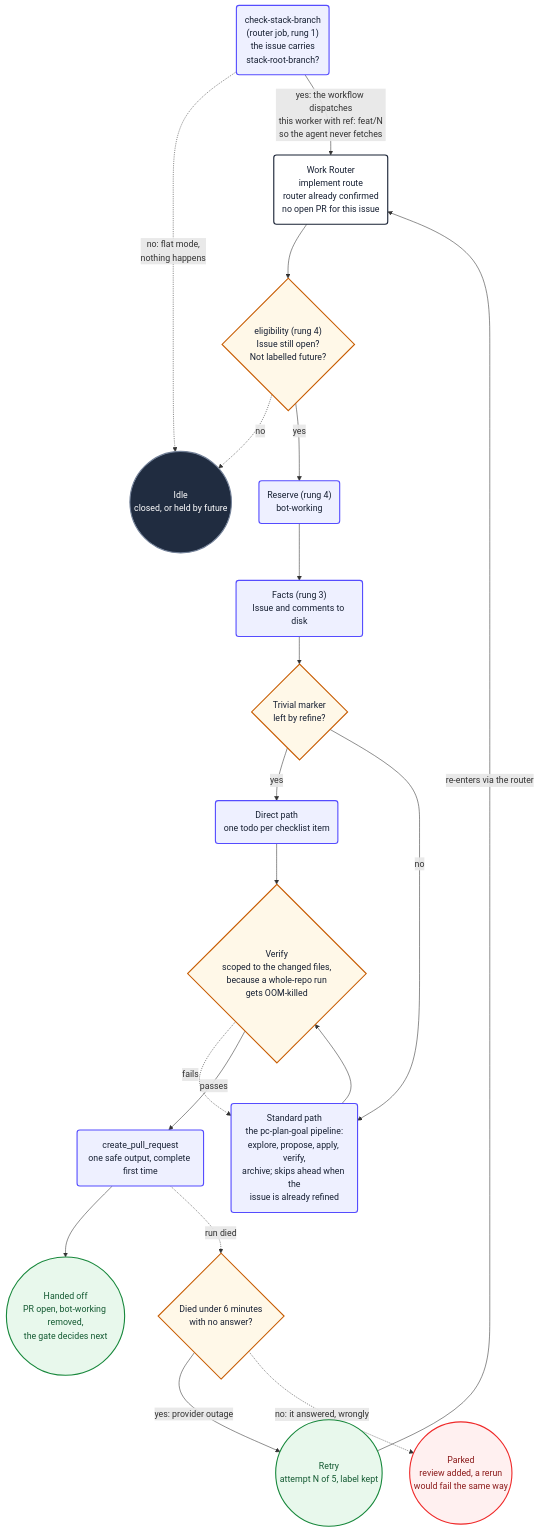
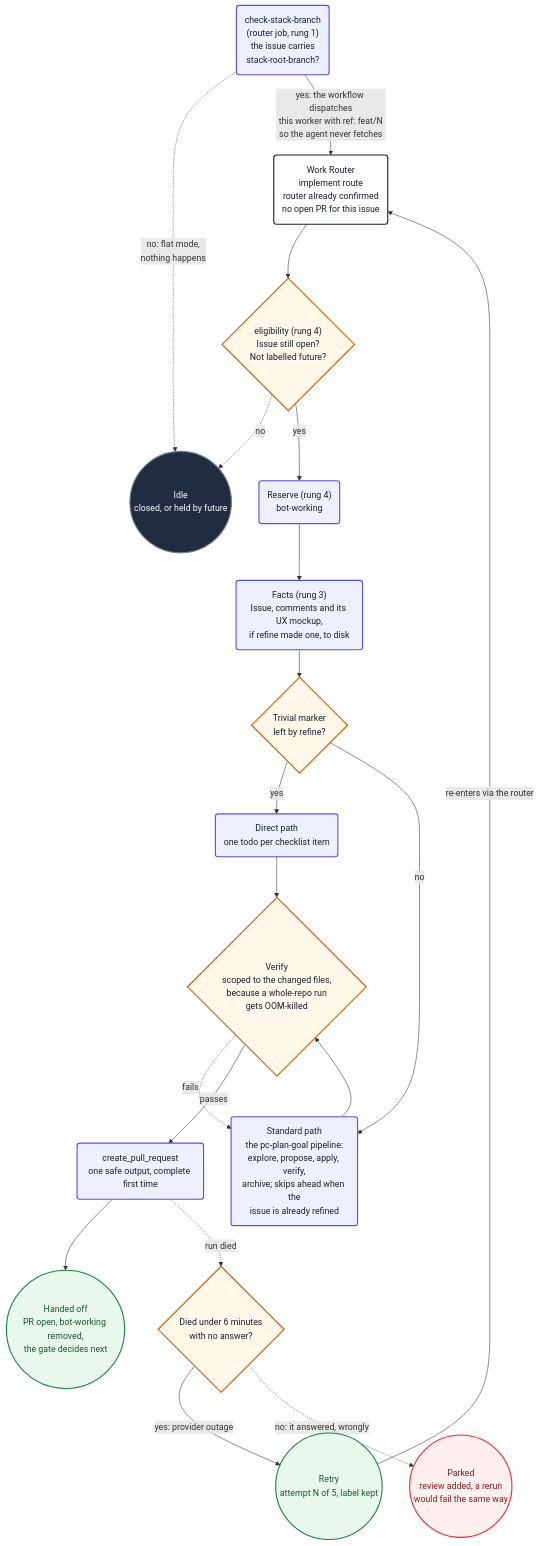
Before and after one commit to PlainConceptsPlatform/agentic-workflows: the seventh of 16 diagrams in loops/docs/diagrams.md, drawn with Mermaid. The commit also changed other lines of this file and 19 other files, not shown here.

First line of the commit message:
feat: refine draws a UX mockup for frontend work; 1.18.0 (#519)

````diff
--- a/loops/docs/diagrams.md
+++ b/loops/docs/diagrams.md
@@ -306,42 +318,42 @@
 ```mermaid
 flowchart TD
     implStart("Work Router<br/>implement route<br/>router already confirmed<br/>no open PR for this issue") --> implEligible
     implEligible{"eligibility (rung 4)<br/>Issue still open?<br/>Not labelled future?"}
     implEligible -.->|no| implIdle
     implEligible -->|yes| implReserve
     implReserve("Reserve (rung 4)<br/>bot-working") --> implFacts
-    implFacts("Facts (rung 3)<br/>Issue and comments to disk") --> implCheck
+    implFacts("Facts (rung 3)<br/>Issue, comments and its UX mockup,<br/>if refine made one, to disk") --> implCheck
     implCheck{"Trivial marker<br/>left by refine?"}
     implCheck -->|yes| implTodos
     implCheck -->|no| implCode
     implTodos("Direct path<br/>one todo per checklist item") --> implVerify
     implCode("Standard path<br/>the pc-plan-goal pipeline:<br/>explore, propose, apply, verify,<br/>archive; skips ahead when the<br/>issue is already refined") --> implVerify
     implVerify{"Verify<br/>scoped to the changed files,<br/>because a whole-repo run<br/>gets OOM-killed"}
     implVerify -.->|fails| implCode
     implVerify -->|passes| implPr
     implPr("create_pull_request<br/>one safe output, complete first time") --> implHandoff
     implPr -.->|"run died"| implRetry
     implRetry{"Died under 6 minutes<br/>with no answer?"}
     implRetry -->|"yes: provider outage"| implAgain(("Retry<br/>attempt N of 5, label kept"))
     implRetry -.->|"no: it answered, wrongly"| implFail
     implAgain -->|"re-enters via the router"| implStart
     implHandoff(("Handed off<br/>PR open, bot-working removed,<br/>the gate decides next"))
     implIdle(("Idle<br/>closed, or held by future"))
     implFail(("Parked<br/>review added, a rerun<br/>would fail the same way"))
 
     implStackStart("check-stack-branch<br/>(router job, rung 1)<br/>the issue carries<br/>stack-root-branch?") -.->|"no: flat mode,<br/>nothing happens"| implIdle
     implStackStart -->|"yes: the workflow dispatches<br/>this worker with ref: feat/N<br/>so the agent never fetches"| implStart
 
     classDef start fill:#ffffff,stroke:#172033,stroke-width:2px,color:#172033
     classDef action fill:#eef0ff,stroke:#554cff,stroke-width:2px,color:#172033
     classDef decision fill:#fff8e8,stroke:#c75b00,stroke-width:2px,color:#172033
     classDef idle fill:#202c40,stroke:#738198,stroke-width:2px,color:#ffffff
     classDef failure fill:#fff0f0,stroke:#ef2929,stroke-width:2px,color:#8b1a1a
     classDef success fill:#e8f8ec,stroke:#18883c,stroke-width:2px,color:#145a32
     class implStart start
     class implReserve,implFacts,implTodos,implCode,implPr,implStackStart action
     class implEligible,implCheck,implVerify,implRetry decision
     class implIdle idle
     class implFail failure
     class implHandoff,implAgain success
 ```
````
